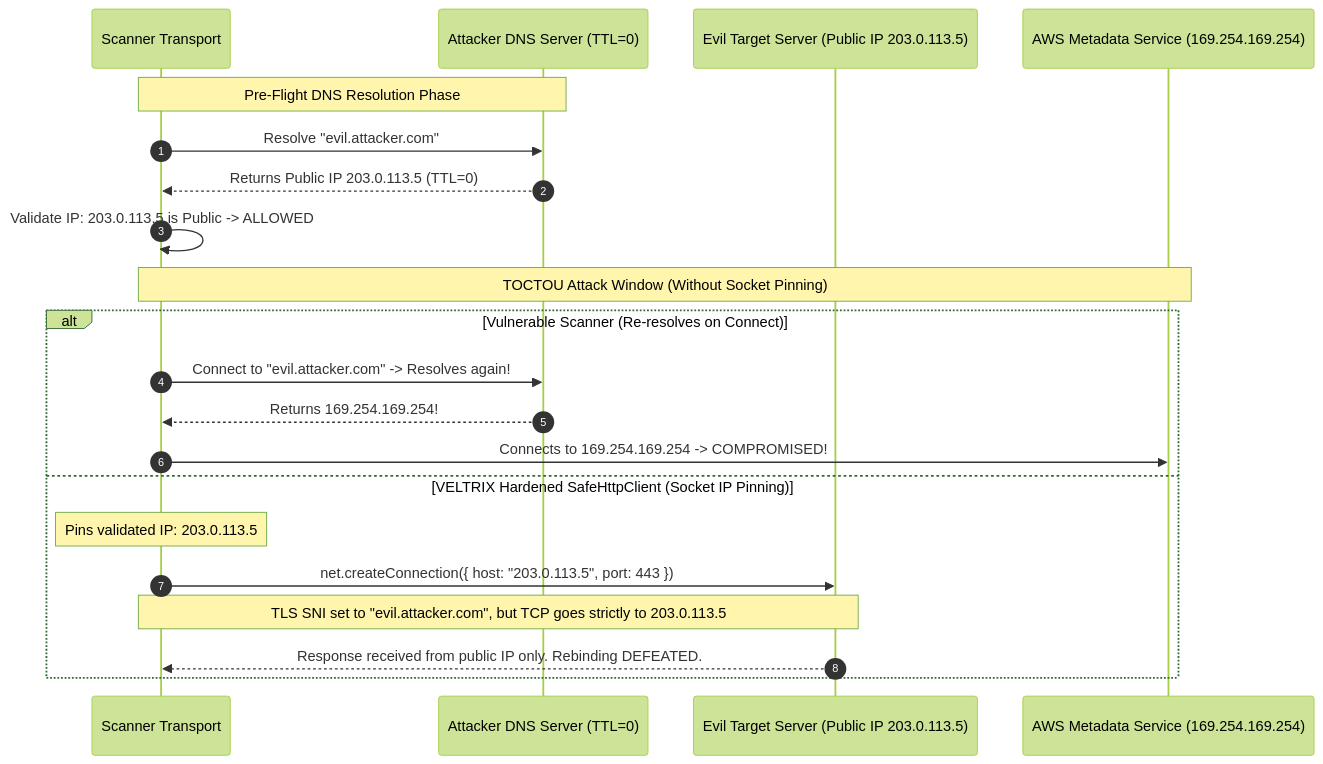
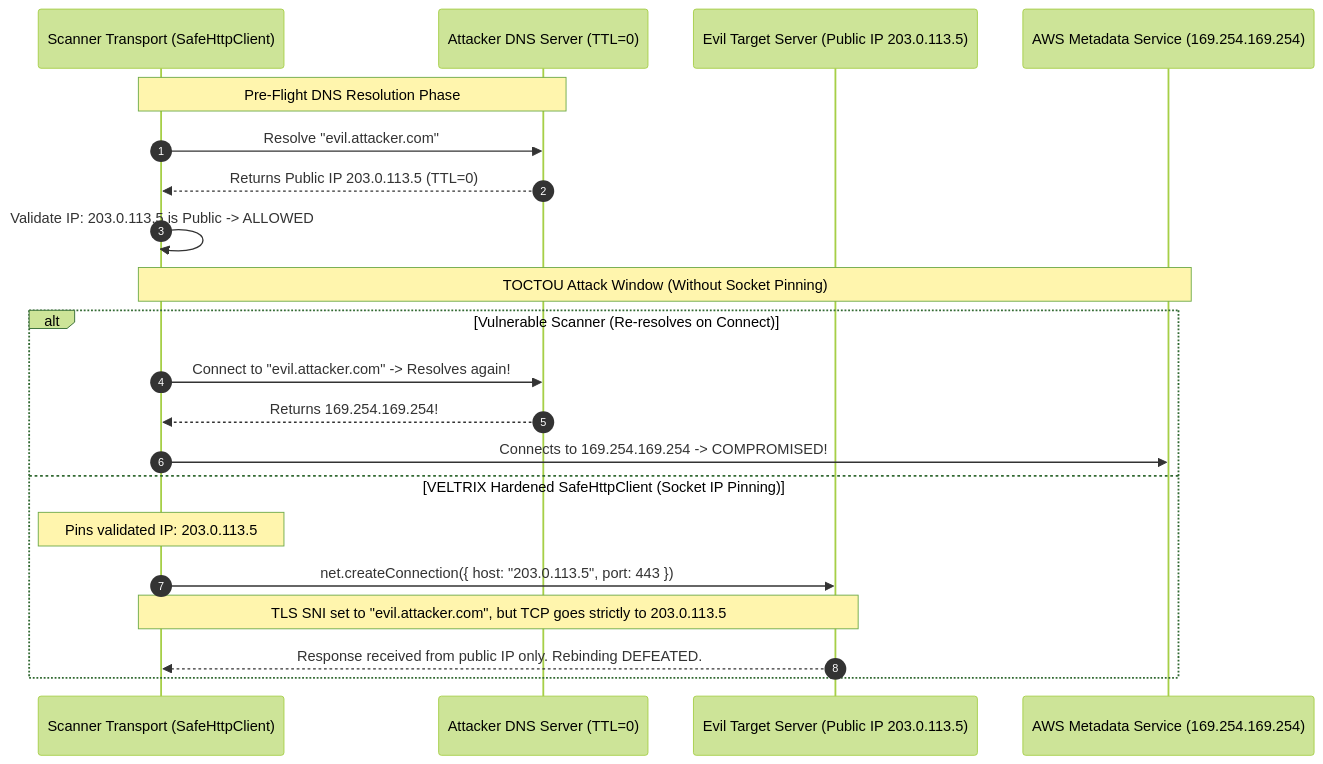
Before and after one commit to RohitBhakta07/Veltrix: the second of 2 diagrams in specs/phase-8-threat-model.md, drawn with Mermaid (forest theme). The commit also changed other lines of this file and 6 other files, not shown here.

````diff
--- a/specs/phase-8-threat-model.md
+++ b/specs/phase-8-threat-model.md
@@ -103,25 +105,25 @@
 ```mermaid
 sequenceDiagram
     autonumber
-    participant Scanner as Scanner Transport
+    participant Scanner as Scanner Transport (SafeHttpClient)
     participant EvilDNS as Attacker DNS Server (TTL=0)
     participant Target as Evil Target Server (Public IP 203.0.113.5)
     participant IMDS as AWS Metadata Service (169.254.169.254)
 
     Note over Scanner,EvilDNS: Pre-Flight DNS Resolution Phase
     Scanner->>EvilDNS: Resolve "evil.attacker.com"
     EvilDNS-->>Scanner: Returns Public IP 203.0.113.5 (TTL=0)
     Scanner->>Scanner: Validate IP: 203.0.113.5 is Public -> ALLOWED
 
     Note over Scanner,IMDS: TOCTOU Attack Window (Without Socket Pinning)
     alt Vulnerable Scanner (Re-resolves on Connect)
         Scanner->>EvilDNS: Connect to "evil.attacker.com" -> Resolves again!
         EvilDNS-->>Scanner: Returns 169.254.169.254!
         Scanner->>IMDS: Connects to 169.254.169.254 -> COMPROMISED!
     else VELTRIX Hardened SafeHttpClient (Socket IP Pinning)
         Note over Scanner: Pins validated IP: 203.0.113.5
         Scanner->>Target: net.createConnection({ host: "203.0.113.5", port: 443 })
         Note over Scanner,Target: TLS SNI set to "evil.attacker.com", but TCP goes strictly to 203.0.113.5
         Target-->>Scanner: Response received from public IP only. Rebinding DEFEATED.
     end
 ```
````
